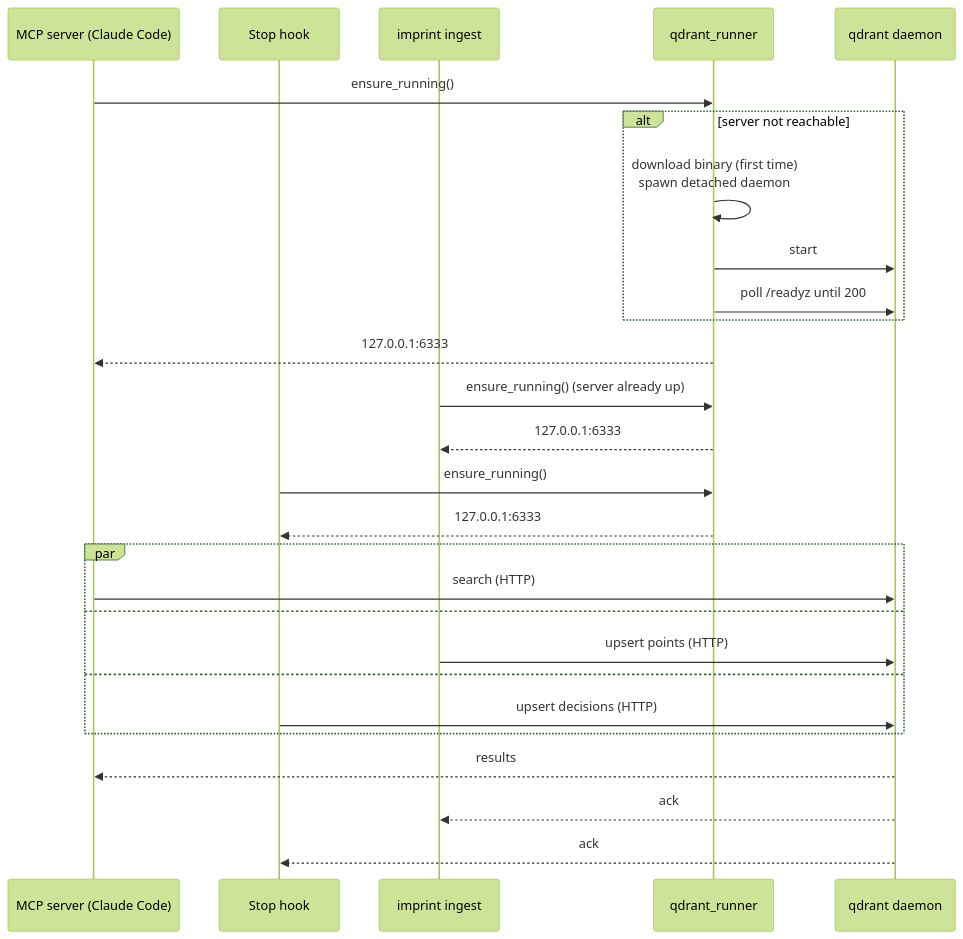
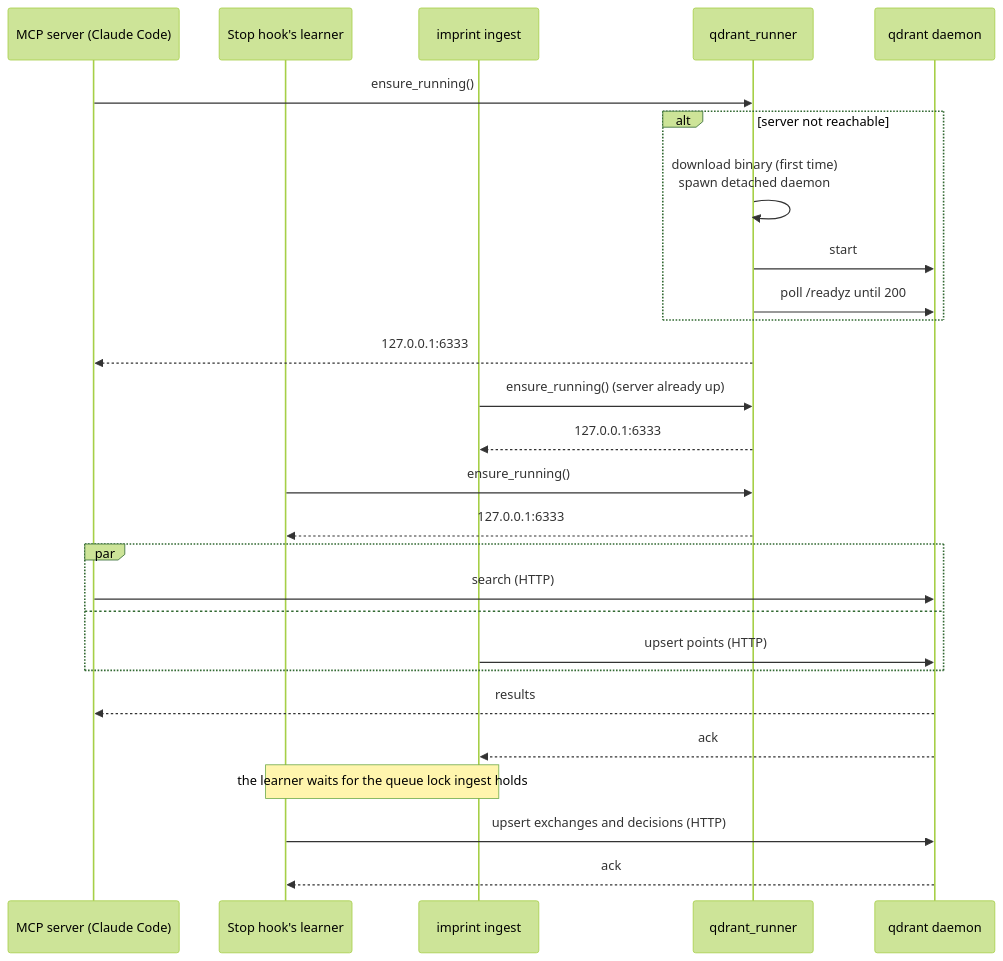
Before and after one commit to alexandruleca/imprint-memory-layer: the third of 3 diagrams in docs/architecture.md, drawn with Mermaid (forest theme). The commit also changed other lines of this file and 14 other files, not shown here.

First line of the commit message:
fix: hand each Stop to one waiting learner under the queue lock

````diff
--- a/docs/architecture.md
+++ b/docs/architecture.md
@@ -151,32 +151,32 @@
 ```mermaid
 sequenceDiagram
     participant MCP as MCP server (Claude Code)
-    participant H as Stop hook
+    participant H as Stop hook's learner
     participant CLI as imprint ingest
     participant R as qdrant_runner
     participant Q as qdrant daemon
 
     MCP->>R: ensure_running()
     alt server not reachable
         R->>R: download binary (first time)<br/>spawn detached daemon
         R->>Q: start
         R->>Q: poll /readyz until 200
     end
     R-->>MCP: 127.0.0.1:6333
 
     CLI->>R: ensure_running()  (server already up)
     R-->>CLI: 127.0.0.1:6333
     H->>R: ensure_running()
     R-->>H: 127.0.0.1:6333
 
     par
         MCP->>Q: search (HTTP)
     and
         CLI->>Q: upsert points (HTTP)
-    and
-        H->>Q: upsert decisions (HTTP)
     end
     Q-->>MCP: results
     Q-->>CLI: ack
+    Note over H,CLI: the learner waits for the queue lock ingest holds
+    H->>Q: upsert exchanges and decisions (HTTP)
     Q-->>H: ack
 ```
````
